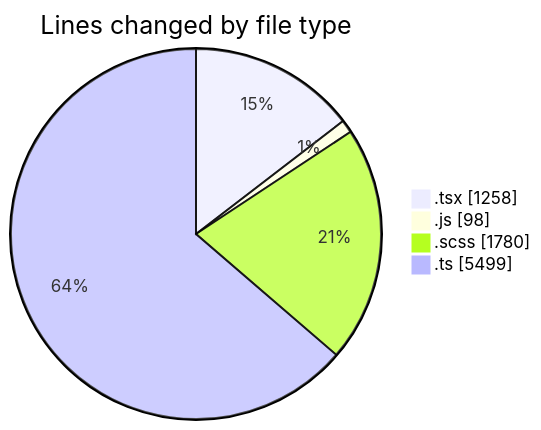
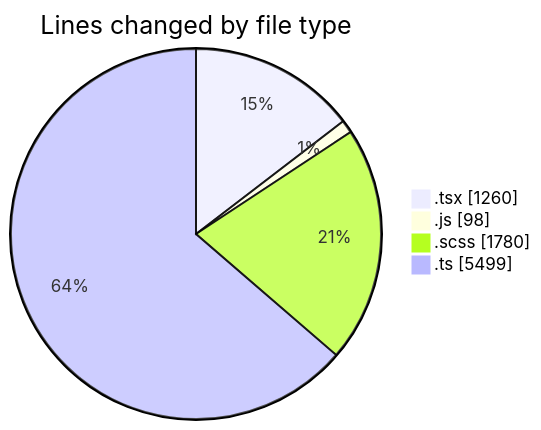
Before and after one commit to momahboobian/code-tracking: the first of 2 diagrams in 2025-03-31/cda/README.md, drawn with Mermaid. The commit also changed other lines of this file and 1 other file, not shown here.

````diff
--- a/2025-03-31/cda/README.md
+++ b/2025-03-31/cda/README.md
@@ -39,8 +39,8 @@
 ```mermaid
 pie showData
 title Lines changed by file type
-".tsx" : 1258
+".tsx" : 1260
 ".js" : 98
 ".scss" : 1780
 ".ts" : 5499
 ```
````
